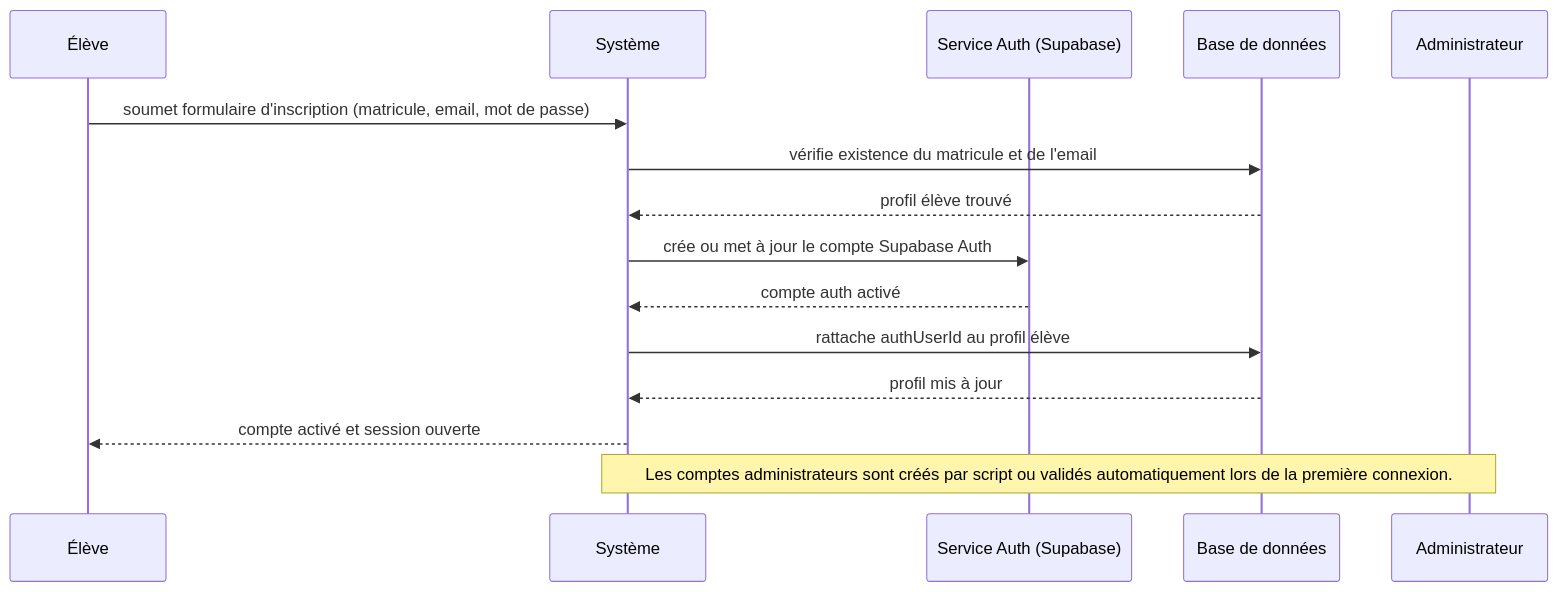
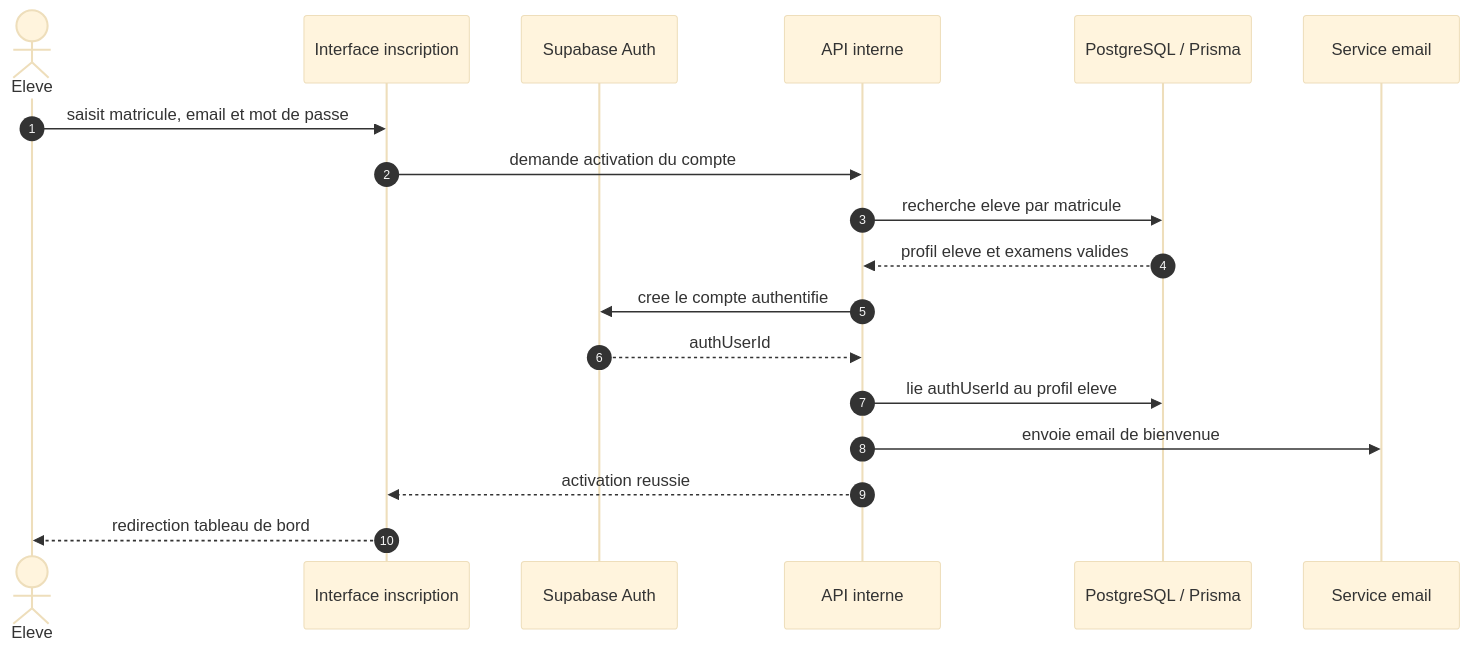
The diagram in docs/diagrammes-mermaid/sequence-01-inscription-v2.mmd (yoppanjikamf/application-demande-document-academique), drawn with Mermaid before and after one commit. The commit also changed 445 other files, not shown here.

```diff
--- a/docs/diagrammes-mermaid/sequence-01-inscription-v2.mmd
+++ b/docs/diagrammes-mermaid/sequence-01-inscription-v2.mmd
@@ -1,16 +1,20 @@
+%%{init: {"theme": "base", "themeVariables": {"fontFamily": "Arial", "fontSize": "20px"}}}%%
 sequenceDiagram
-    participant Eleve as Élève
-    participant Systeme as Système
-    participant Auth as Service Auth (Supabase)
-    participant BDD as Base de données
-    participant Admin as Administrateur
+    autonumber
+    actor Eleve
+    participant UI as Interface inscription
+    participant Auth as Supabase Auth
+    participant API as API interne
+    participant DB as PostgreSQL / Prisma
+    participant Mail as Service email
 
-    Eleve->>Systeme: soumet formulaire d'inscription (matricule, email, mot de passe)
-    Systeme->>BDD: vérifie existence du matricule et de l'email
-    BDD-->>Systeme: profil élève trouvé
-    Systeme->>Auth: crée ou met à jour le compte Supabase Auth
-    Auth-->>Systeme: compte auth activé
-    Systeme->>BDD: rattache authUserId au profil élève
-    BDD-->>Systeme: profil mis à jour
-    Systeme-->>Eleve: compte activé et session ouverte
-    Note over Admin,Systeme: Les comptes administrateurs sont créés par script ou validés automatiquement lors de la première connexion.
+    Eleve->>UI: saisit matricule, email et mot de passe
+    UI->>API: demande activation du compte
+    API->>DB: recherche eleve par matricule
+    DB-->>API: profil eleve et examens valides
+    API->>Auth: cree le compte authentifie
+    Auth-->>API: authUserId
+    API->>DB: lie authUserId au profil eleve
+    API->>Mail: envoie email de bienvenue
+    API-->>UI: activation reussie
+    UI-->>Eleve: redirection tableau de bord
```
